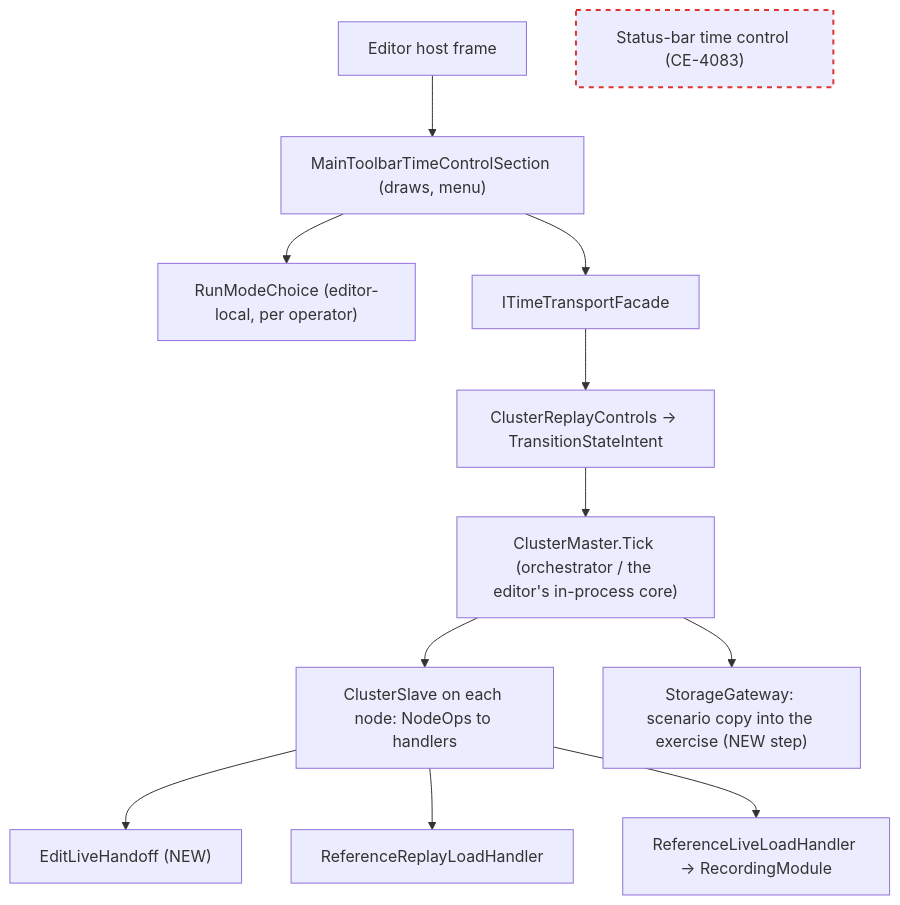
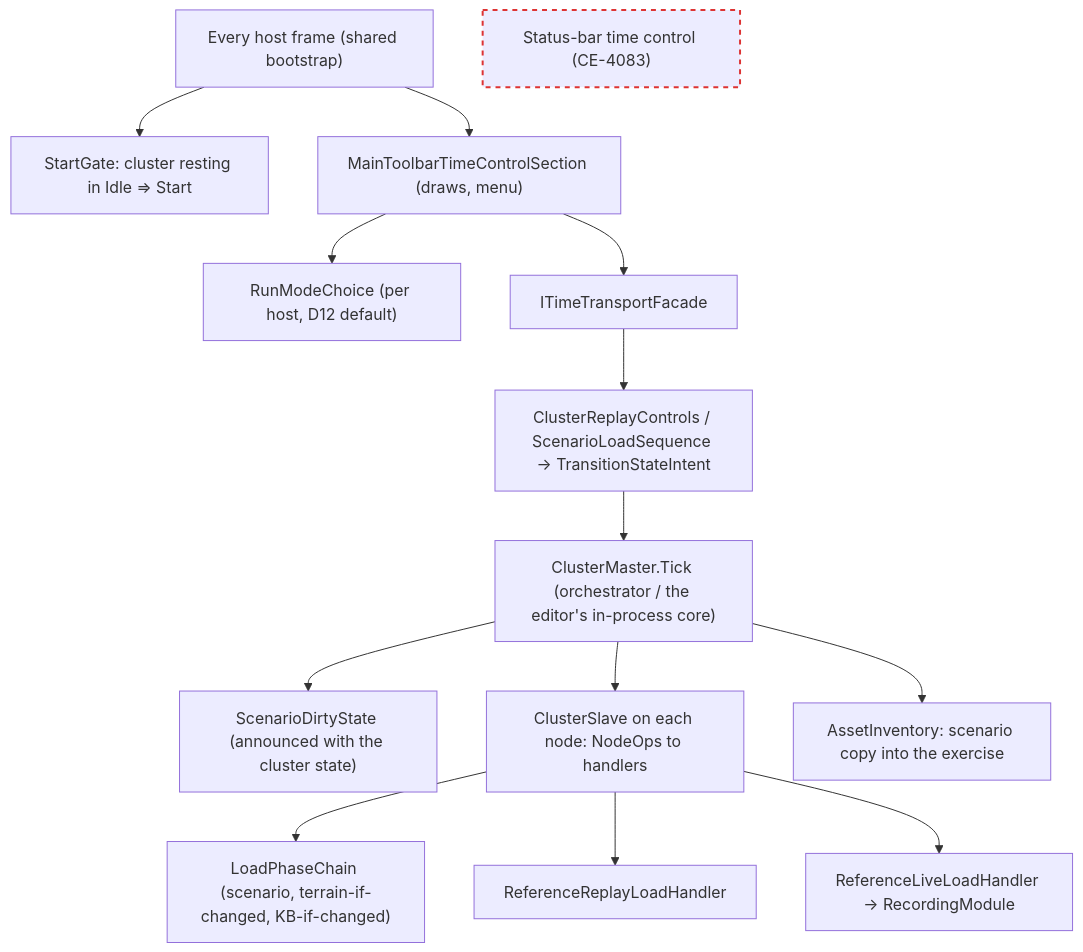
One commit to pjanec/HROT changed the fifth of 5 diagrams in docs/blueprints/Architect_Question_108_Run_Mode_Picker.md. Above: the diagram before and after it, drawn with Mermaid. The commit also changed other lines of this file and 4 other files, not shown here.

````diff
--- a/docs/blueprints/Architect_Question_108_Run_Mode_Picker.md
+++ b/docs/blueprints/Architect_Question_108_Run_Mode_Picker.md
@@ -227,15 +222,17 @@
 ```mermaid
 graph TD
-  ED["Editor host frame"] --> TB["MainToolbarTimeControlSection (draws, menu)"]
-  TB --> RC["RunModeChoice (editor-local, per operator)"]
+  ED["Every host frame (shared bootstrap)"] --> SG["StartGate: cluster resting in Idle ⇒ Start"]
+  ED --> TB["MainToolbarTimeControlSection (draws, menu)"]
+  TB --> RC["RunModeChoice (per host, D12 default)"]
   TB --> FAC["ITimeTransportFacade"]
-  FAC --> CRC["ClusterReplayControls → TransitionStateIntent"]
+  FAC --> CRC["ClusterReplayControls / ScenarioLoadSequence → TransitionStateIntent"]
   CRC --> ORC["ClusterMaster.Tick (orchestrator / the editor's in-process core)"]
+  ORC --> DS["ScenarioDirtyState (announced with the cluster state)"]
   ORC --> SLV["ClusterSlave on each node: NodeOps to handlers"]
-  SLV --> ELH["EditLiveHandoff (NEW)"]
+  SLV --> LPC["LoadPhaseChain (scenario, terrain-if-changed, KB-if-changed)"]
   SLV --> RLH["ReferenceReplayLoadHandler"]
   SLV --> LLH["ReferenceLiveLoadHandler → RecordingModule"]
-  ORC --> GW["StorageGateway: scenario copy into the exercise (NEW step)"]
+  ORC --> GW["AssetInventory: scenario copy into the exercise"]
   SB["Status-bar time control (CE-4083)"]:::dead
   classDef dead stroke:#d33,stroke-width:2px,stroke-dasharray: 5 5
 ```
````
